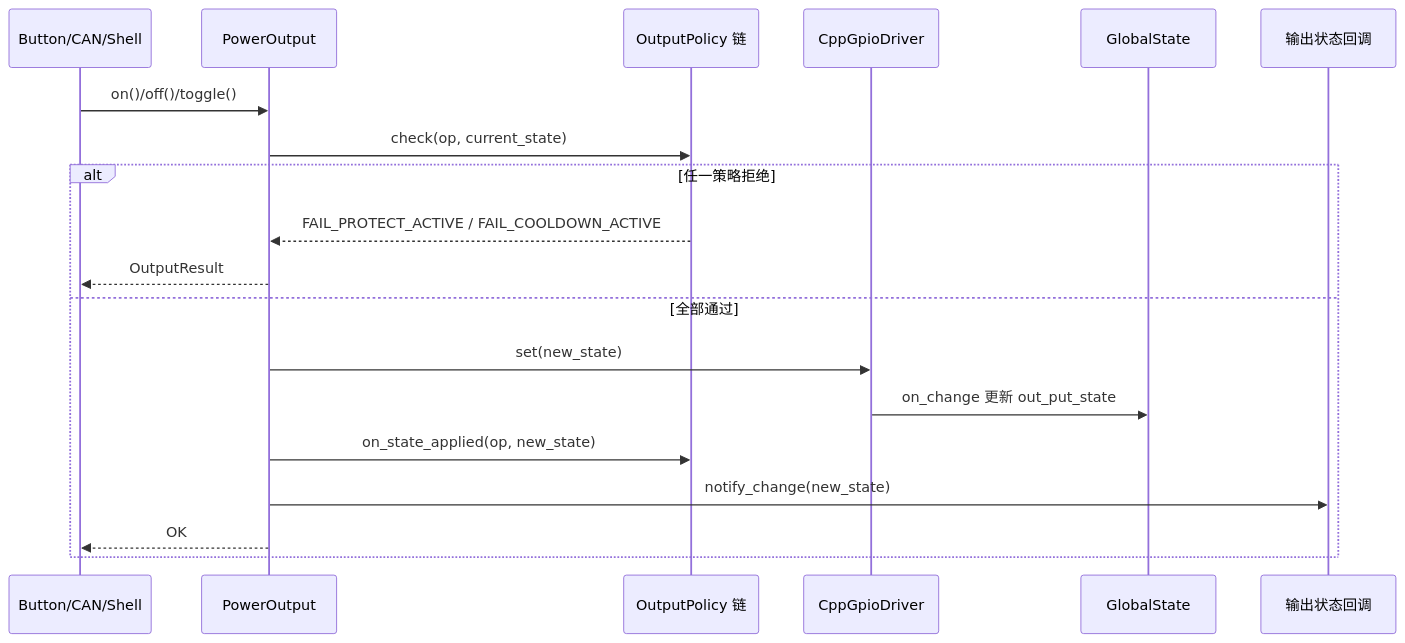
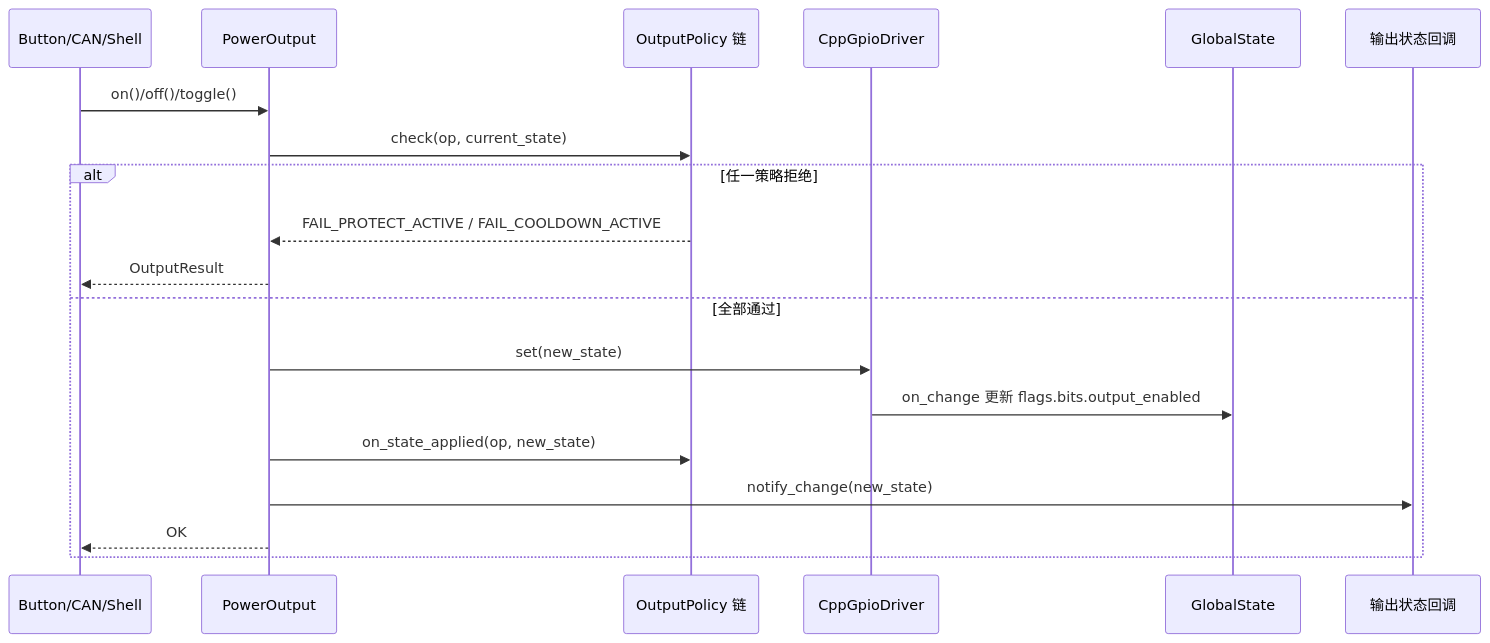
One commit to qingmeijiupiao/Wireless_power_meter_lite changed the second of 3 diagrams in components/app/power_output/README.md. Above: the diagram before and after it, drawn with Mermaid. The commit also changed 26 other files, not shown here.

````diff
--- a/components/app/power_output/README.md
+++ b/components/app/power_output/README.md
@@ -28,22 +28,22 @@
 ```mermaid
 sequenceDiagram
     participant Caller as Button/CAN/Shell
     participant PO as PowerOutput
     participant Policy as OutputPolicy 链
     participant GPIO as CppGpioDriver
     participant GS as GlobalState
     participant CB as 输出状态回调
 
     Caller->>PO: on()/off()/toggle()
     PO->>Policy: check(op, current_state)
     alt 任一策略拒绝
         Policy-->>PO: FAIL_PROTECT_ACTIVE / FAIL_COOLDOWN_ACTIVE
         PO-->>Caller: OutputResult
     else 全部通过
         PO->>GPIO: set(new_state)
-        GPIO->>GS: on_change 更新 out_put_state
+        GPIO->>GS: on_change 更新 flags.bits.output_enabled
         PO->>Policy: on_state_applied(op, new_state)
         PO->>CB: notify_change(new_state)
         PO-->>Caller: OK
     end
 ```
````
